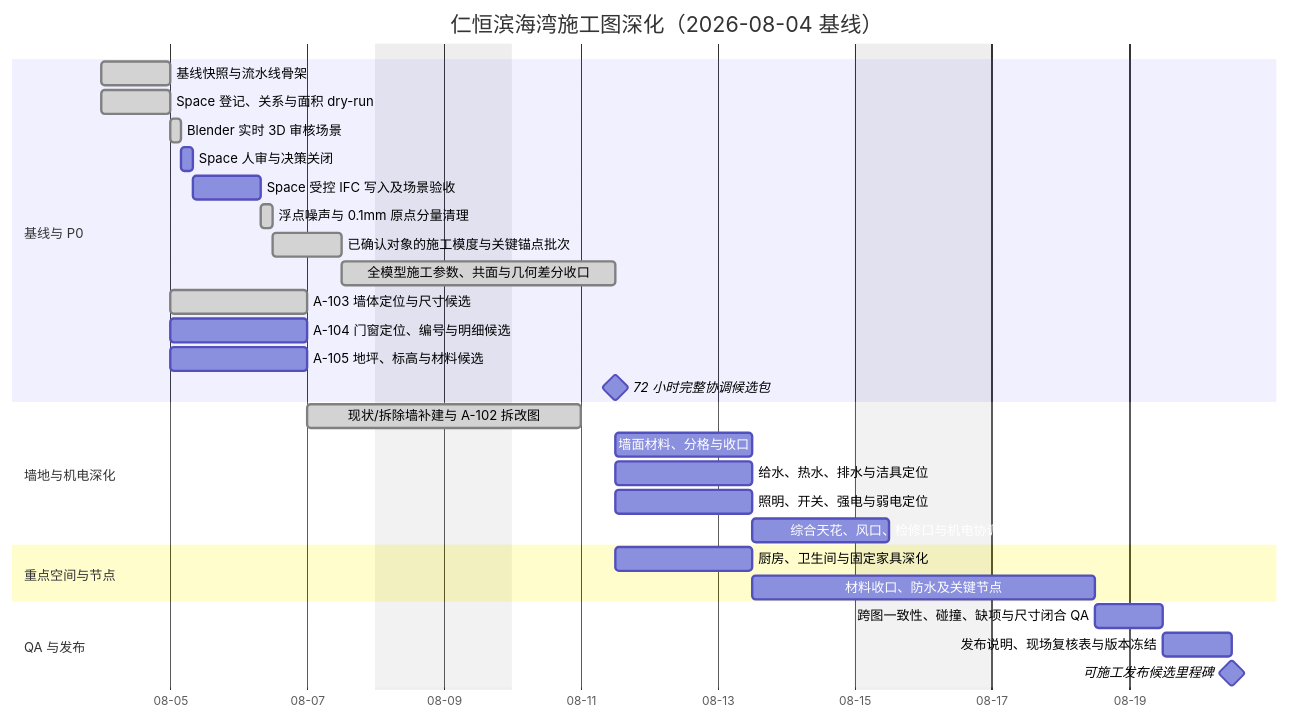
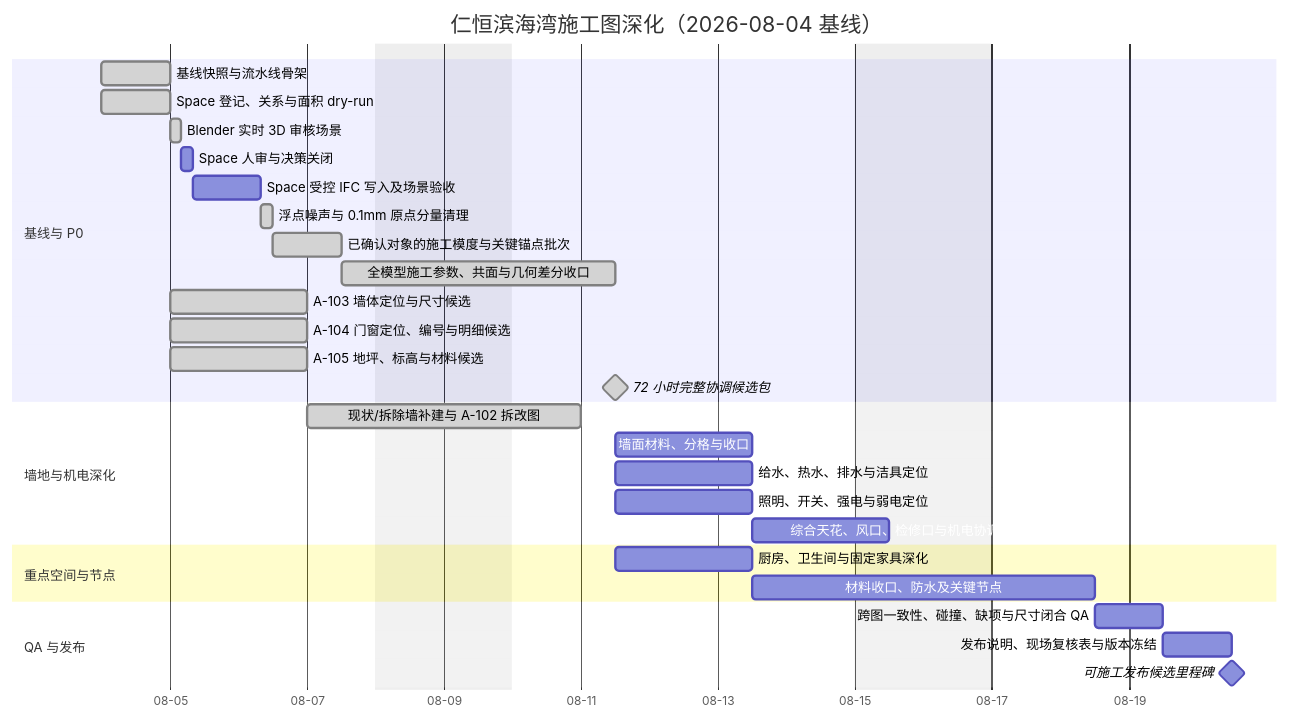
The diagram in drawings/滨海湾装修施工图深化工作管理.md (Weihan96/2504-GBTB-Yanlord-Zhuhai), drawn with Mermaid before and after one commit. The commit also changed other lines of this file and 26 other files, not shown here.

````diff
--- a/drawings/滨海湾装修施工图深化工作管理.md
+++ b/drawings/滨海湾装修施工图深化工作管理.md
@@ -65,37 +65,37 @@
 ```mermaid
 gantt
     title 仁恒滨海湾施工图深化（2026-08-04 基线）
     dateFormat  YYYY-MM-DD
     axisFormat  %m-%d
     excludes    weekends
 
     section 基线与 P0
     基线快照与流水线骨架                 :done, M000, 2026-08-04, 1d
     Space 登记、关系与面积 dry-run       :done, S001, 2026-08-04, 1d
     Blender 实时 3D 审核场景              :done, S002A, after S001, 4h
     Space 人审与决策关闭                 :S002, after S002A, 4h
     Space 受控 IFC 写入及场景验收         :S003, after S002, 1d
     浮点噪声与 0.1mm 原点分量清理          :done, C001, after S003, 4h
     已确认对象的施工模度与关键锚点批次       :done, C002, after C001, 1d
     全模型施工参数、共面与几何差分收口       :done, C003, after C002, 2d
     A-103 墙体定位与尺寸候选              :done, A103, after S001, 2d
-    A-104 门窗定位、编号与明细候选         :A104, after S001, 2d
-    A-105 地坪、标高与材料候选             :A105, after S001, 2d
-    72 小时完整协调候选包                 :milestone, M072, after C003 A103 A104 A105, 0d
+    A-104 门窗定位、编号与明细候选         :done, A104, after S001, 2d
+    A-105 地坪、标高与材料候选             :done, A105, after S001, 2d
+    72 小时完整协调候选包                 :milestone, done, M072, after C003 A103 A104 A105, 0d
 
     section 墙地与机电深化
     现状/拆除墙补建与 A-102 拆改图         :done, A102, after A103, 2d
     墙面材料、分格与收口                  :WFIN, after M072, 2d
     给水、热水、排水与洁具定位             :PLUM, after M072, 2d
     照明、开关、强电与弱电定位             :ELEC, after M072, 2d
     综合天花、风口、检修口与机电协调        :RCP1, after ELEC, 2d
 
     section 重点空间与节点
     厨房、卫生间与固定家具深化             :INT1, after M072, 2d
     材料收口、防水及关键节点               :DET1, after INT1, 3d
 
     section QA 与发布
     跨图一致性、碰撞、缺项与尺寸闭合 QA     :QA01, after RCP1 DET1 WFIN PLUM, 1d
     发布说明、现场复核表与版本冻结           :REL1, after QA01, 1d
     可施工发布候选里程碑                   :milestone, MREL, after REL1, 0d
 ```
````
